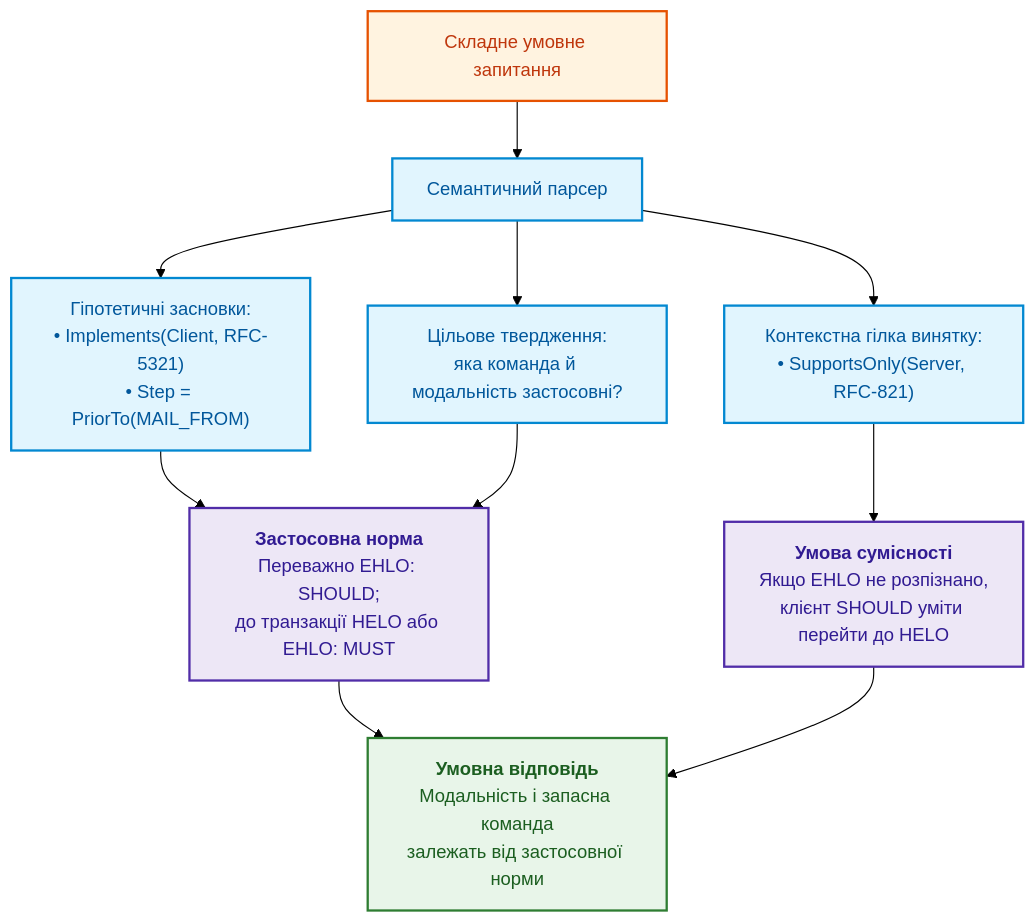
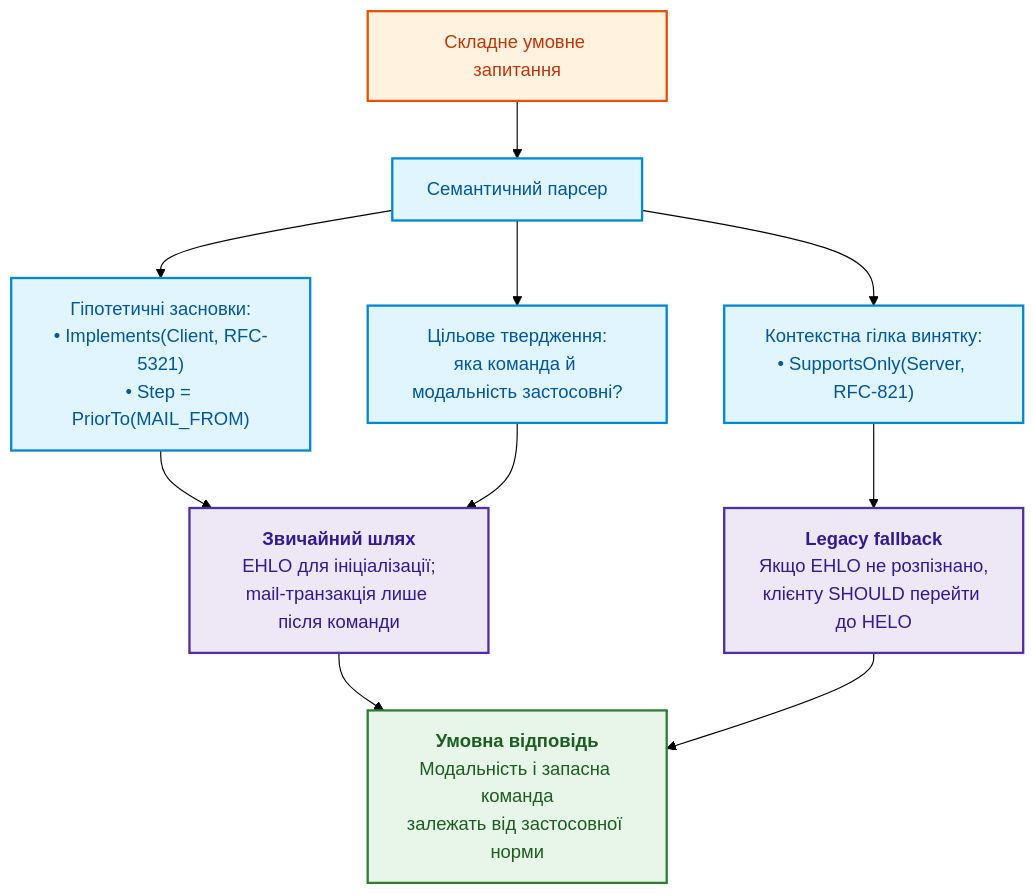
Before and after one commit to nick-fedchik/articles: the seventh of 8 diagrams in ExpertSystem/ch31-syllogistic-reasoning-and-relation-lattices.md, drawn with Mermaid (forest theme). The commit also changed other lines of this file and 8 other files, not shown here.

````diff
--- a/ExpertSystem/ch31-syllogistic-reasoning-and-relation-lattices.md
+++ b/ExpertSystem/ch31-syllogistic-reasoning-and-relation-lattices.md
@@ -809,27 +809,27 @@
 ```mermaid
 flowchart TD
     accTitle: План виконання умовного силогістичного запиту
     accDescr: Розбиття питання на гіпотези, цільові предикати та гілки винятків.
 
     Q["Складне умовне запитання"] --> PARSE["Семантичний парсер"]
     
     PARSE --> H["Гіпотетичні засновки:<br/>• Implements(Client, RFC-5321)<br/>• Step = PriorTo(MAIL_FROM)"]
     PARSE --> T["Цільове твердження:<br/>яка команда й модальність застосовні?"]
     PARSE --> B["Контекстна гілка винятку:<br/>• SupportsOnly(Server, RFC-821)"]
 
-    H & T --> DED1["<b>Застосовна норма</b><br/>Переважно EHLO: SHOULD;<br/>до транзакції HELO або EHLO: MUST"]
+    H & T --> DED1["<b>Звичайний шлях</b><br/>EHLO для ініціалізації;<br/>mail-транзакція лише після команди"]
     
-    B --> DEF_EVAL["<b>Умова сумісності</b><br/>Якщо EHLO не розпізнано,<br/>клієнт SHOULD уміти перейти до HELO"]
+    B --> DEF_EVAL["<b>Legacy fallback</b><br/>Якщо EHLO не розпізнано,<br/>клієнту SHOULD перейти до HELO"]
 
     DED1 & DEF_EVAL --> FINAL["<b>Умовна відповідь</b><br/>Модальність і запасна команда<br/>залежать від застосовної норми"]
 
     classDef q fill:#fff3e0,stroke:#e65100,stroke-width:2px,color:#bf360c;
     classDef p fill:#e1f5fe,stroke:#0288d1,stroke-width:2px,color:#01579b;
     classDef d fill:#ede7f6,stroke:#512da8,stroke-width:2px,color:#311b92;
     classDef r fill:#e8f5e9,stroke:#2e7d32,stroke-width:2px,color:#1b5e20;
 
     class Q q;
     class PARSE,H,T,B p;
     class DED1,DEF_EVAL d;
     class FINAL r;
 ```
````
